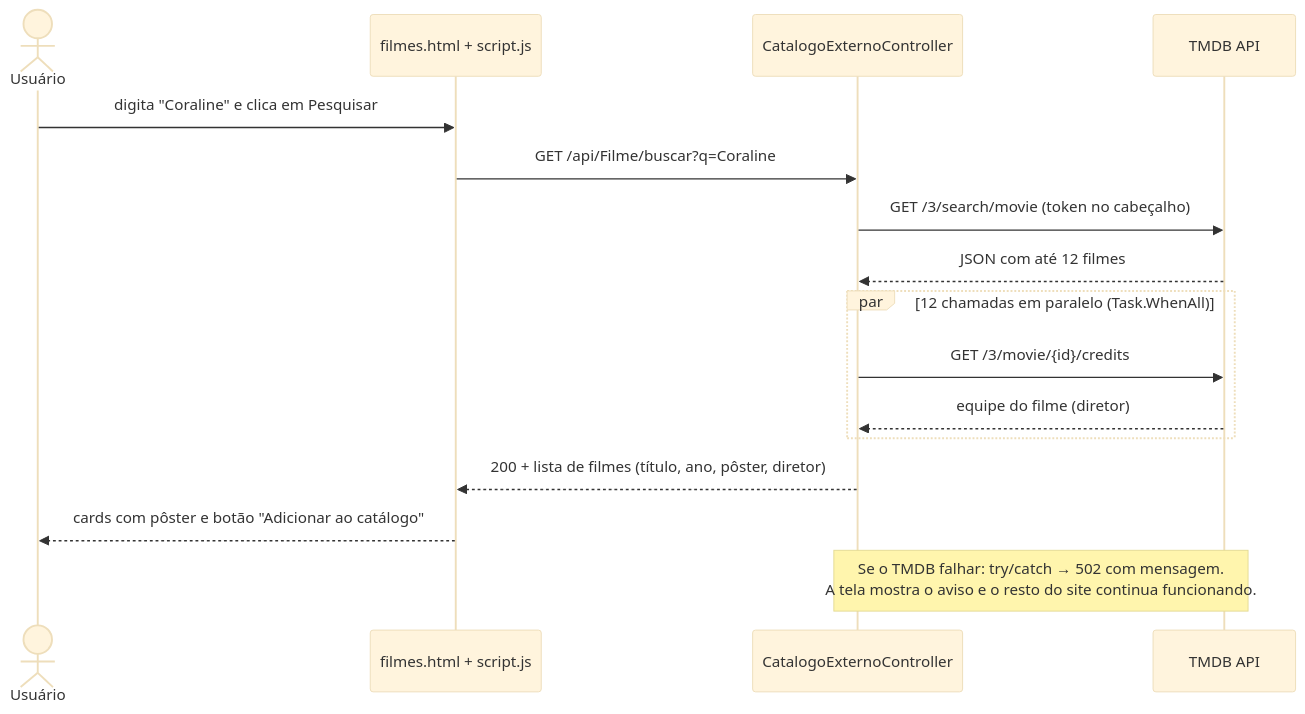
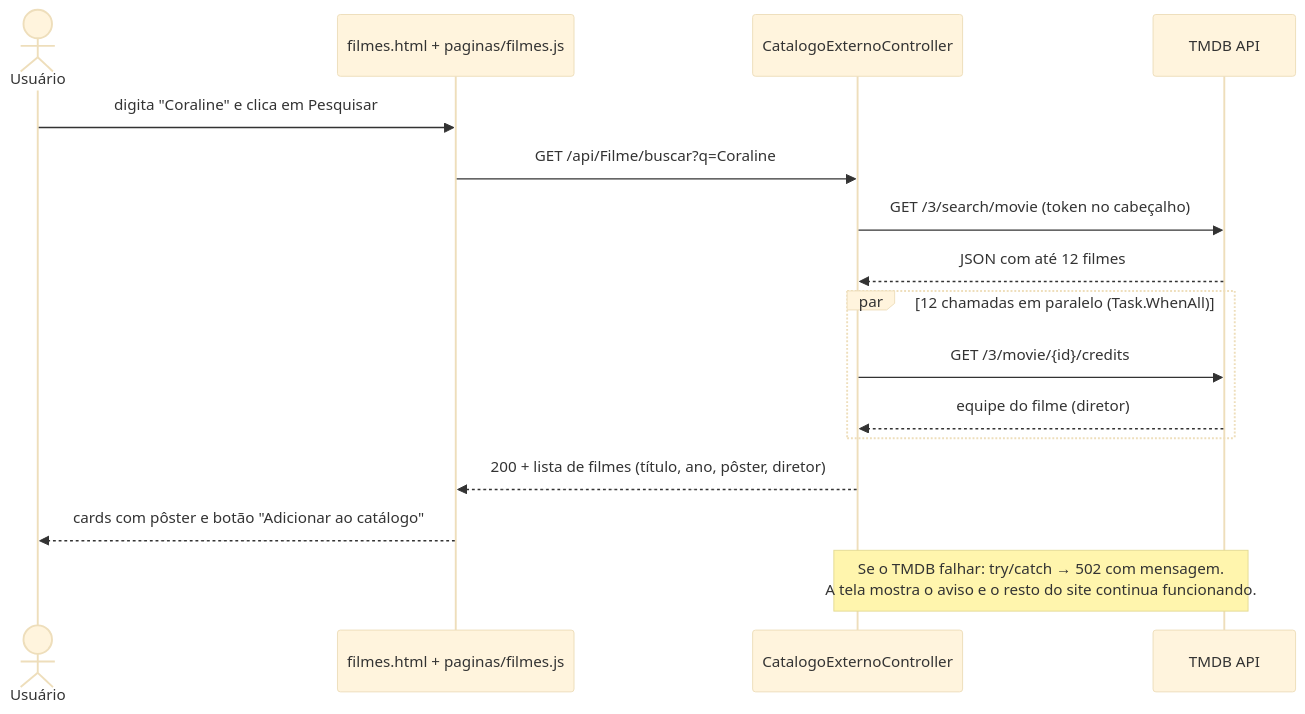
The second of 3 diagrams in docs/DOCUMENTACAO_TECNICA.md (KetelynRamos/Resenhario), drawn with Mermaid (base theme) before and after one commit. The commit also changed other lines of this file and 3 other files, not shown here.

````diff
--- a/docs/DOCUMENTACAO_TECNICA.md
+++ b/docs/DOCUMENTACAO_TECNICA.md
@@ -101,18 +102,18 @@
 ```mermaid
 sequenceDiagram
     actor U as Usuário
-    participant P as filmes.html + script.js
+    participant P as filmes.html + paginas/filmes.js
     participant A as CatalogoExternoController
     participant T as TMDB API
     U->>P: digita "Coraline" e clica em Pesquisar
     P->>A: GET /api/Filme/buscar?q=Coraline
     A->>T: GET /3/search/movie (token no cabeçalho)
     T-->>A: JSON com até 12 filmes
     par 12 chamadas em paralelo (Task.WhenAll)
         A->>T: GET /3/movie/{id}/credits
         T-->>A: equipe do filme (diretor)
     end
     A-->>P: 200 + lista de filmes (título, ano, pôster, diretor)
     P-->>U: cards com pôster e botão "Adicionar ao catálogo"
     Note over A,T: Se o TMDB falhar: try/catch → 502 com mensagem.<br/>A tela mostra o aviso e o resto do site continua funcionando.
 ```
````
